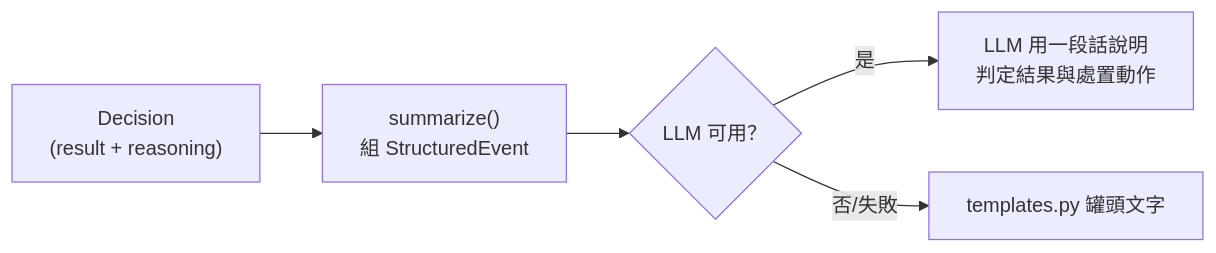
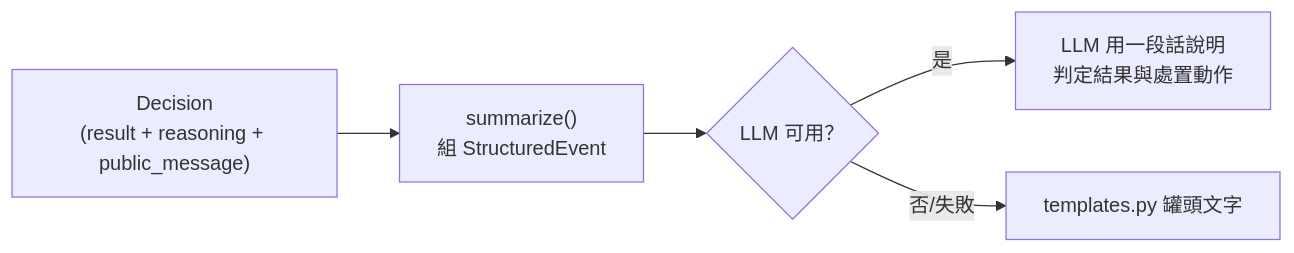
One commit to yenyu3/ai-city-commander changed the sixth of 6 diagrams in backend/PIPELINES.md. Above: the diagram before and after it, drawn with Mermaid. The commit also changed other lines of this file and 12 other files, not shown here.

````diff
--- a/backend/PIPELINES.md
+++ b/backend/PIPELINES.md
@@ -279,7 +292,7 @@
 ```mermaid
 flowchart LR
-    A["Decision<br/>(result + reasoning)"] --> B["summarize()<br/>組 StructuredEvent"]
+    A["Decision<br/>(result + reasoning + public_message)"] --> B["summarize()<br/>組 StructuredEvent"]
     B --> C{"LLM 可用？"}
     C -- 是 --> D["LLM 用一段話說明<br/>判定結果與處置動作"]
     C -- 否/失敗 --> E["templates.py 罐頭文字"]
 ```
````
